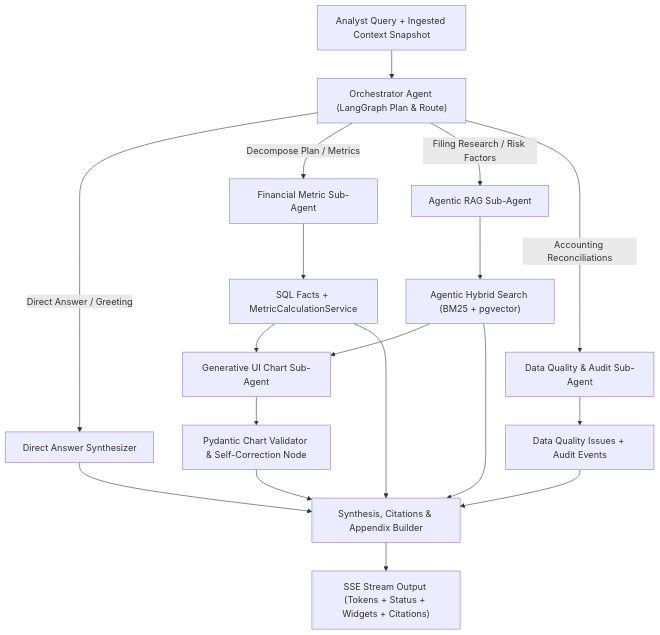
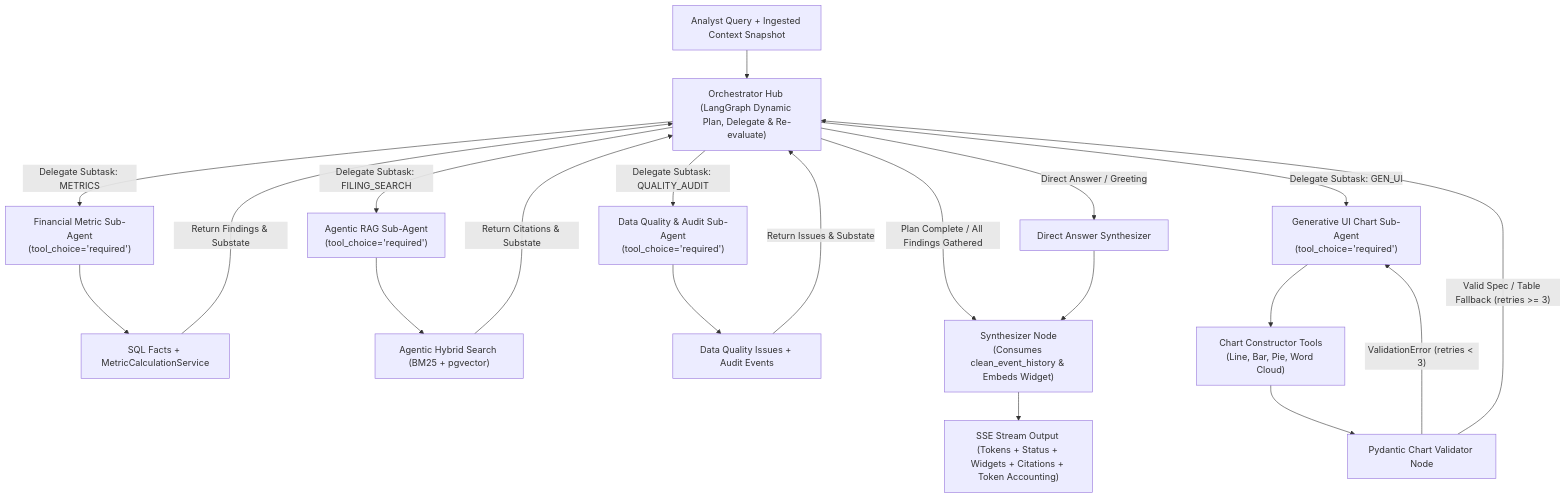
The diagram in PRDs/BACKEND_PRD.md (PatchFramework/E2E-AI-Engineering-Bootcamp), drawn with Mermaid before and after one commit. The commit also changed other lines of this file and 3 other files, not shown here.

````diff
--- a/PRDs/BACKEND_PRD.md
+++ b/PRDs/BACKEND_PRD.md
@@ -7,26 +7,28 @@
 ```mermaid
 flowchart TD
-    User["Analyst Query + Ingested Context Snapshot"] --> Orchestrator["Orchestrator Agent (LangGraph Plan & Route)"]
+    User["Analyst Query + Ingested Context Snapshot"] --> Orchestrator["Orchestrator Hub (LangGraph Dynamic Plan, Delegate & Re-evaluate)"]
     
     Orchestrator -->|Direct Answer / Greeting| DirectResponse["Direct Answer Synthesizer"]
-    Orchestrator -->|Decompose Plan / Metrics| FinAgent["Financial Metric Sub-Agent"]
-    Orchestrator -->|Filing Research / Risk Factors| DocAgent["Agentic RAG Sub-Agent"]
-    Orchestrator -->|Accounting Reconciliations| QualAgent["Data Quality & Audit Sub-Agent"]
+    Orchestrator -->|Delegate Subtask: METRICS| FinAgent["Financial Metric Sub-Agent\n(tool_choice='required')"]
+    Orchestrator -->|Delegate Subtask: FILING_SEARCH| DocAgent["Agentic RAG Sub-Agent\n(tool_choice='required')"]
+    Orchestrator -->|Delegate Subtask: QUALITY_AUDIT| QualAgent["Data Quality & Audit Sub-Agent\n(tool_choice='required')"]
+    Orchestrator -->|Delegate Subtask: GEN_UI| GenUIAgent["Generative UI Chart Sub-Agent\n(tool_choice='required')"]
     
     FinAgent --> FinTools["SQL Facts + MetricCalculationService"]
     DocAgent --> RagTools["Agentic Hybrid Search (BM25 + pgvector)"]
     QualAgent --> QualTools["Data Quality Issues + Audit Events"]
+    GenUIAgent --> WidgetTools["Chart Constructor Tools\n(Line, Bar, Pie, Word Cloud)"]
     
-    FinTools --> GenUIAgent["Generative UI Chart Sub-Agent"]
-    RagTools --> GenUIAgent
+    FinTools -->|"Return Findings & Substate"| Orchestrator
+    RagTools -->|"Return Citations & Substate"| Orchestrator
+    QualTools -->|"Return Issues & Substate"| Orchestrator
     
-    GenUIAgent --> WidgetValidator["Pydantic Chart Validator & Self-Correction Node"]
+    WidgetTools --> WidgetValidator["Pydantic Chart Validator Node"]
+    WidgetValidator -->|"ValidationError (retries < 3)"| GenUIAgent
+    WidgetValidator -->|"Valid Spec / Table Fallback (retries >= 3)"| Orchestrator
     
-    FinTools --> Synthesis["Synthesis, Citations & Appendix Builder"]
-    RagTools --> Synthesis
-    QualTools --> Synthesis
-    WidgetValidator --> Synthesis
+    Orchestrator -->|"Plan Complete / All Findings Gathered"| Synthesis["Synthesizer Node\n(Consumes clean_event_history & Embeds Widget)"]
     DirectResponse --> Synthesis
     
-    Synthesis --> SSE["SSE Stream Output (Tokens + Status + Widgets + Citations)"]
+    Synthesis --> SSE["SSE Stream Output (Tokens + Status + Widgets + Citations + Token Accounting)"]
 ```
````
